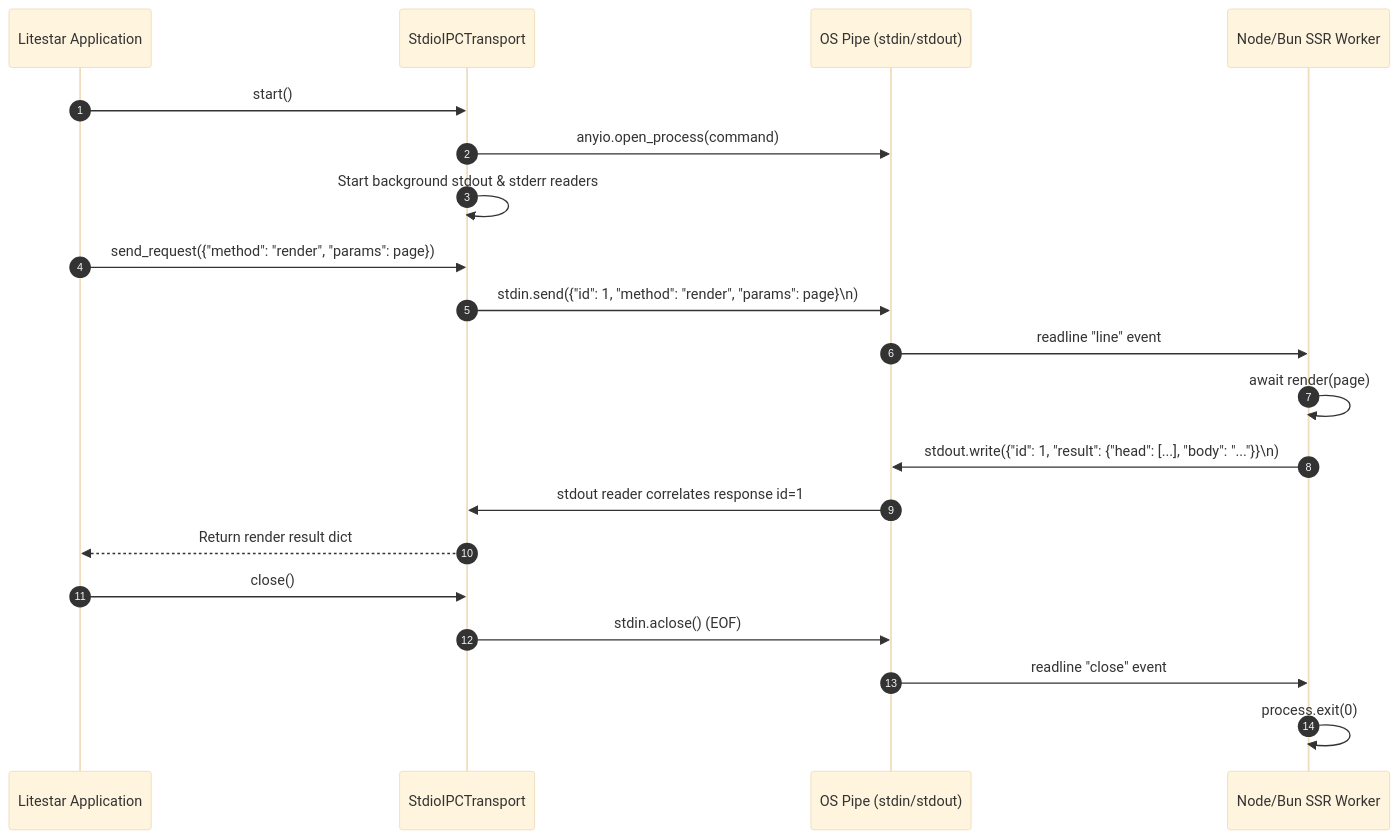
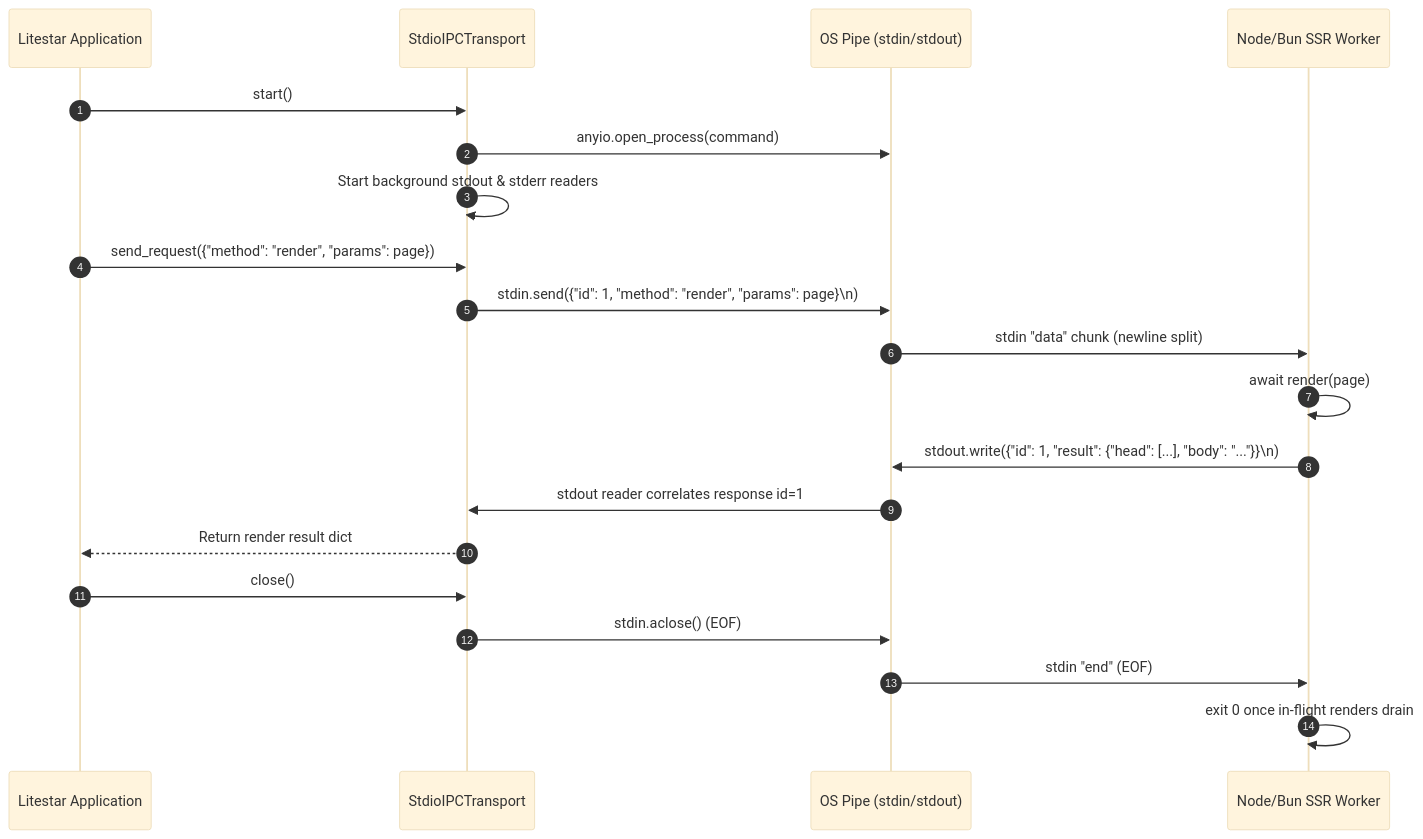
Before and after one commit to litestar-org/litestar-vite: the diagram in docs/ssr/ipc-architecture.rst, drawn with Mermaid (base theme). The commit also changed 17 other files, not shown here.

```diff
--- a/docs/ssr/ipc-architecture.rst
+++ b/docs/ssr/ipc-architecture.rst
@@ -56,25 +56,25 @@
 .. mermaid::
 
    sequenceDiagram
        autonumber
        participant App as Litestar Application
        participant Transport as StdioIPCTransport
        participant Pipe as OS Pipe (stdin/stdout)
        participant Worker as Node/Bun SSR Worker
 
        App->>Transport: start()
        Transport->>Pipe: anyio.open_process(command)
        Transport->>Transport: Start background stdout & stderr readers
 
        App->>Transport: send_request({"method": "render", "params": page})
        Transport->>Pipe: stdin.send({"id": 1, "method": "render", "params": page}\n)
-       Pipe->>Worker: readline "line" event
+       Pipe->>Worker: stdin "data" chunk (newline split)
        Worker->>Worker: await render(page)
        Worker->>Pipe: stdout.write({"id": 1, "result": {"head": [...], "body": "..."}}\n)
        Pipe->>Transport: stdout reader correlates response id=1
        Transport-->>App: Return render result dict
 
        App->>Transport: close()
        Transport->>Pipe: stdin.aclose() (EOF)
-       Pipe->>Worker: readline "close" event
-       Worker->>Worker: process.exit(0)
+       Pipe->>Worker: stdin "end" (EOF)
+       Worker->>Worker: exit 0 once in-flight renders drain
```
